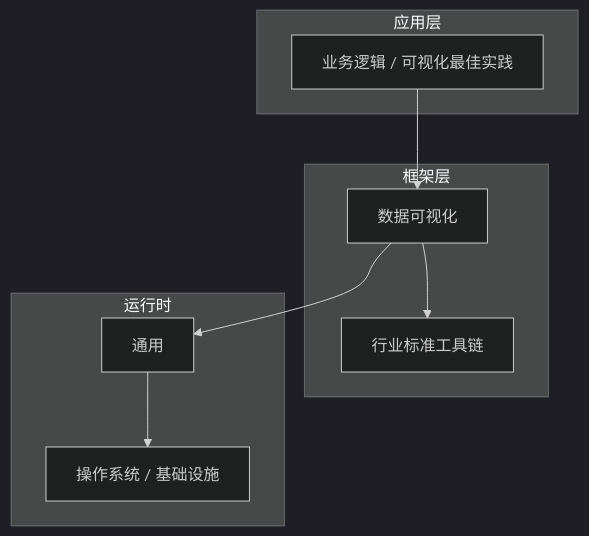
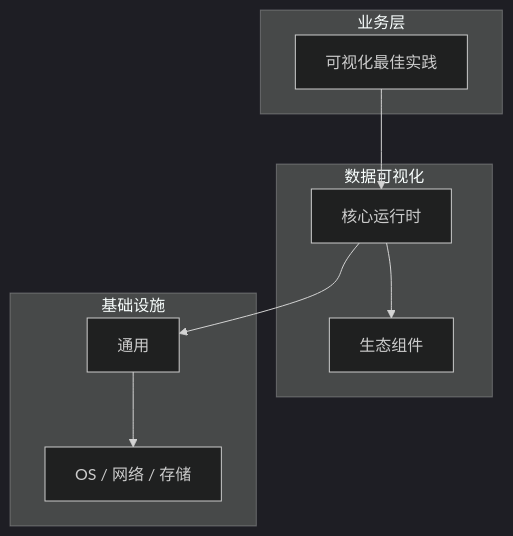
One commit to yanggan2015/knowledge-json-v2 changed the diagram in articles/数据可视化/chapters/094-可视化最佳实践核心概念与原理.md. Above: the diagram before and after it, drawn with Mermaid (dark theme). The commit also changed other lines of this file and 10127 other files, not shown here.

````diff
--- a/articles/数据可视化/chapters/094-可视化最佳实践核心概念与原理.md
+++ b/articles/数据可视化/chapters/094-可视化最佳实践核心概念与原理.md
@@ -45,18 +34,18 @@
 ```mermaid
 graph TB
-    subgraph 应用层
-        A[业务逻辑 / 可视化最佳实践]
+    subgraph 业务层
+        A[可视化最佳实践]
     end
-    subgraph 框架层
-        B[数据可视化]
-        C[行业标准工具链]
+    subgraph 数据可视化
+        B[核心运行时]
+        C[生态组件]
     end
-    subgraph 运行时
+    subgraph 基础设施
         D[通用]
-        E[操作系统 / 基础设施]
+        E[OS / 网络 / 存储]
     end
     A --> B
     B --> C
     B --> D
     D --> E
 ```
````
